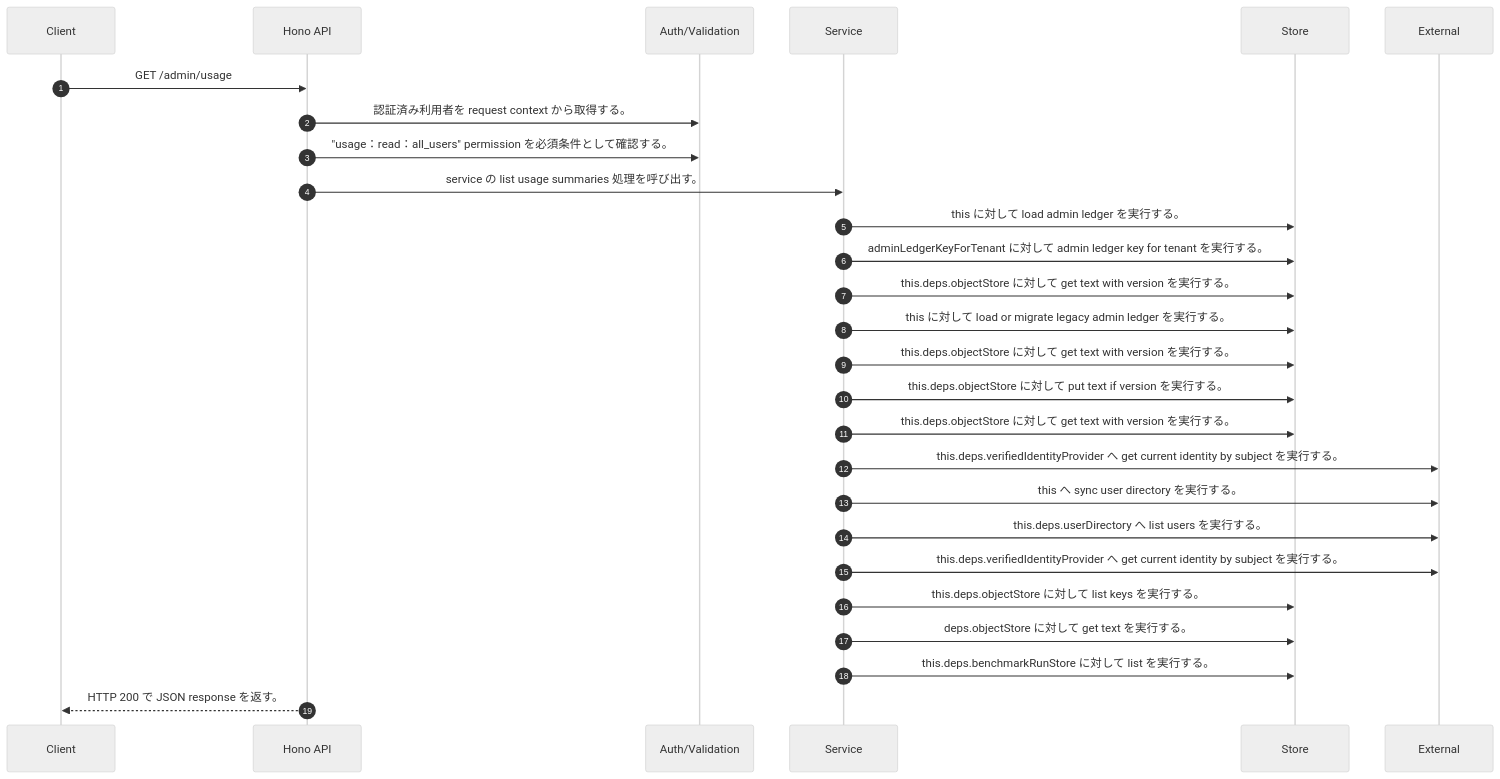
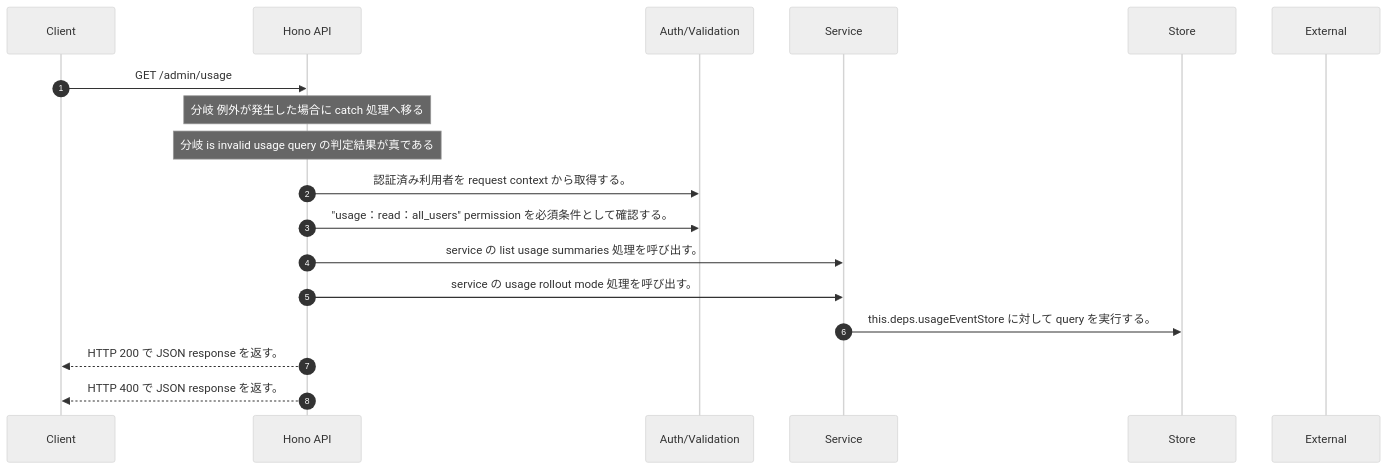
The diagram in docs/generated/api-code/get-admin-usage/sequence_gen.md (tsuji-tomonori/rag-assist), drawn with Mermaid (neutral theme) before and after one commit. The commit also changed other lines of this file and 398 other files, not shown here.

````diff
--- a/docs/generated/api-code/get-admin-usage/sequence_gen.md
+++ b/docs/generated/api-code/get-admin-usage/sequence_gen.md
@@ -7,29 +7,20 @@
 ```mermaid
 sequenceDiagram
   autonumber
   participant Client as Client
   participant API as Hono API
   participant Auth as Auth/Validation
   participant Service as Service
   participant Store as Store
   participant External as External
   Client->>API: GET /admin/usage
+  Note over API: 分岐 例外が発生した場合に catch 処理へ移る
+  Note over API: 分岐 is invalid usage query の判定結果が真である
   API->>Auth: 認証済み利用者を request context から取得する。
   API->>Auth: "usage：read：all_users" permission を必須条件として確認する。
   API->>Service: service の list usage summaries 処理を呼び出す。
-  Service->>Store: this に対して load admin ledger を実行する。
-  Service->>Store: adminLedgerKeyForTenant に対して admin ledger key for tenant を実行する。
-  Service->>Store: this.deps.objectStore に対して get text with version を実行する。
-  Service->>Store: this に対して load or migrate legacy admin ledger を実行する。
-  Service->>Store: this.deps.objectStore に対して get text with version を実行する。
-  Service->>Store: this.deps.objectStore に対して put text if version を実行する。
-  Service->>Store: this.deps.objectStore に対して get text with version を実行する。
-  Service->>External: this.deps.verifiedIdentityProvider へ get current identity by subject を実行する。
-  Service->>External: this へ sync user directory を実行する。
-  Service->>External: this.deps.userDirectory へ list users を実行する。
-  Service->>External: this.deps.verifiedIdentityProvider へ get current identity by subject を実行する。
-  Service->>Store: this.deps.objectStore に対して list keys を実行する。
-  Service->>Store: deps.objectStore に対して get text を実行する。
-  Service->>Store: this.deps.benchmarkRunStore に対して list を実行する。
+  API->>Service: service の usage rollout mode 処理を呼び出す。
+  Service->>Store: this.deps.usageEventStore に対して query を実行する。
   API-->>Client: HTTP 200 で JSON response を返す。
+  API-->>Client: HTTP 400 で JSON response を返す。
 ```
````
